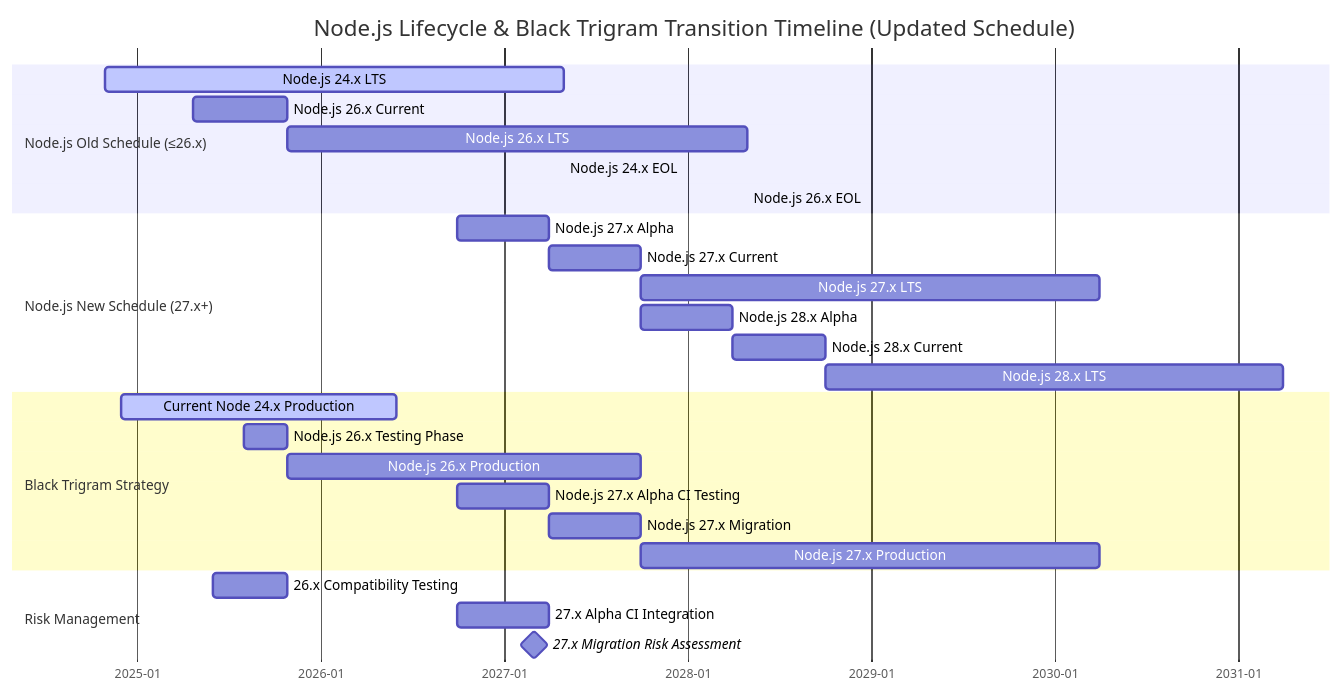
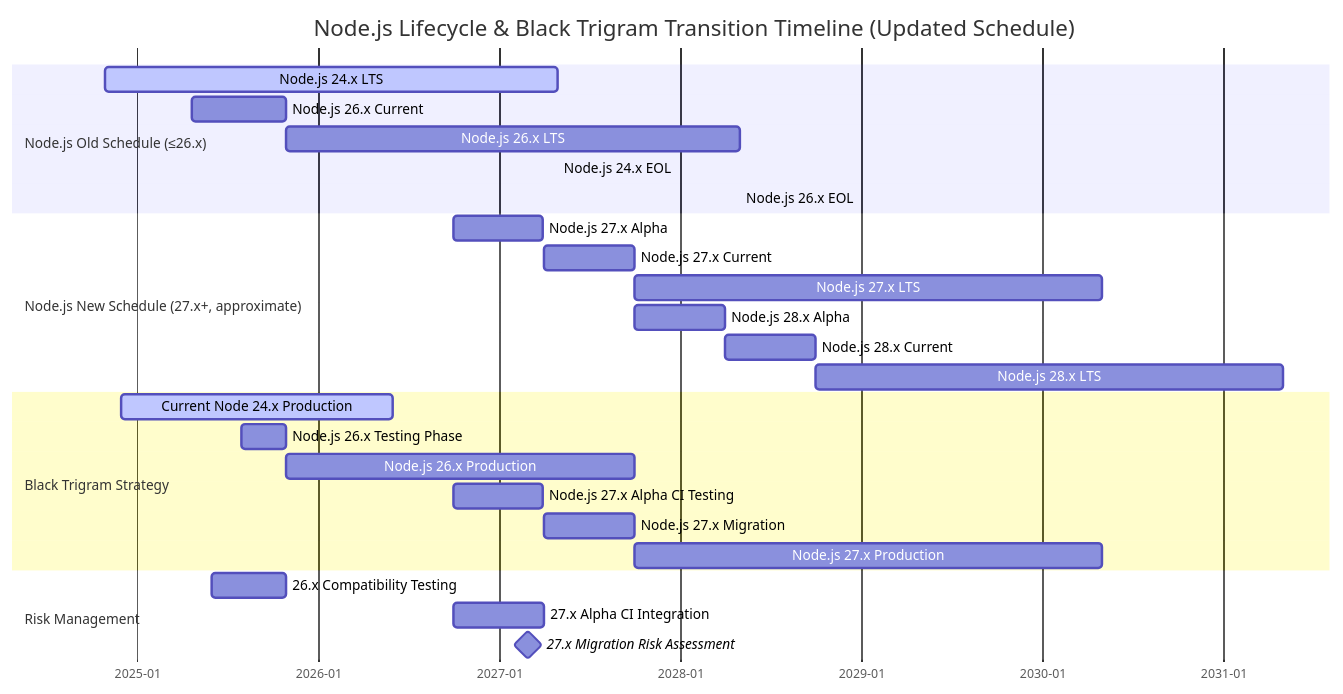
The second of 8 diagrams in End-of-Life-Strategy.md (Hack23/blacktrigram), drawn with Mermaid before and after one commit. The commit also changed other lines of this file and 1 other file, not shown here.

Commit message:
Address PR review comments: fix badges, coverage label, CloudFront caveat, Node.js timeline clarity, date alignment
- FinancialSecurityPlan.md: Add href="#" to badge anchor tags for valid markup
- FinancialSecurityPlan.md: Label code coverage as target with UnitTestPlan.md reference
- FinancialSecurityPlan.md: Add free-tier caveat for CloudFront Functions pricing
- End-of-Life-Strategy.md: Clarify alpha starts Oct 2026, annual major from Apr 2027
- End-of-Life-Strategy.md: Align Gantt chart dates to end-of-month convention

````diff
--- a/End-of-Life-Strategy.md
+++ b/End-of-Life-Strategy.md
@@ -174,34 +174,34 @@
 ```mermaid
 gantt
     title Node.js Lifecycle & Black Trigram Transition Timeline (Updated Schedule)
     dateFormat YYYY-MM-DD
     axisFormat %Y-%m
 
     section Node.js Old Schedule (≤26.x)
     Node.js 24.x LTS        :active, node24lts, 2024-10-29, 2027-04-30
     Node.js 26.x Current     :node26c, 2025-04-22, 2025-10-28
     Node.js 26.x LTS         :node26lts, 2025-10-28, 2028-04-30
     Node.js 24.x EOL         :crit, node24eol, 2027-04-30, 0d
     Node.js 26.x EOL         :crit, node26eol, 2028-04-30, 0d
 
-    section Node.js New Schedule (27.x+)
+    section Node.js New Schedule (27.x+, approximate)
     Node.js 27.x Alpha       :node27a, 2026-10-01, 2027-03-31
-    Node.js 27.x Current     :node27c, 2027-04-01, 2027-10-01
-    Node.js 27.x LTS         :node27lts, 2027-10-01, 2030-04-01
+    Node.js 27.x Current     :node27c, 2027-04-01, 2027-09-30
+    Node.js 27.x LTS         :node27lts, 2027-10-01, 2030-04-30
     Node.js 28.x Alpha       :node28a, 2027-10-01, 2028-03-31
-    Node.js 28.x Current     :node28c, 2028-04-01, 2028-10-01
-    Node.js 28.x LTS         :node28lts, 2028-10-01, 2031-04-01
+    Node.js 28.x Current     :node28c, 2028-04-01, 2028-09-30
+    Node.js 28.x LTS         :node28lts, 2028-10-01, 2031-04-30
 
     section Black Trigram Strategy
     Current Node 24.x Production :active, bt24prod, 2024-12-01, 2026-06-01
     Node.js 26.x Testing Phase   :bt26test, 2025-08-01, 2025-10-28
-    Node.js 26.x Production      :bt26prod, 2025-10-28, 2027-10-01
-    Node.js 27.x Alpha CI Testing :bt27alpha, 2026-10-01, 2027-04-01
-    Node.js 27.x Migration        :bt27mig, 2027-04-01, 2027-10-01
-    Node.js 27.x Production       :bt27prod, 2027-10-01, 2030-04-01
+    Node.js 26.x Production      :bt26prod, 2025-10-28, 2027-09-30
+    Node.js 27.x Alpha CI Testing :bt27alpha, 2026-10-01, 2027-03-31
+    Node.js 27.x Migration        :bt27mig, 2027-04-01, 2027-09-30
+    Node.js 27.x Production       :bt27prod, 2027-10-01, 2030-04-30
 
     section Risk Management
     26.x Compatibility Testing    :compat26, 2025-06-01, 2025-10-28
     27.x Alpha CI Integration     :alphaci, 2026-10-01, 2027-04-01
     27.x Migration Risk Assessment :milestone, riskassess27, 2027-03-01, 0d
 ```
````
